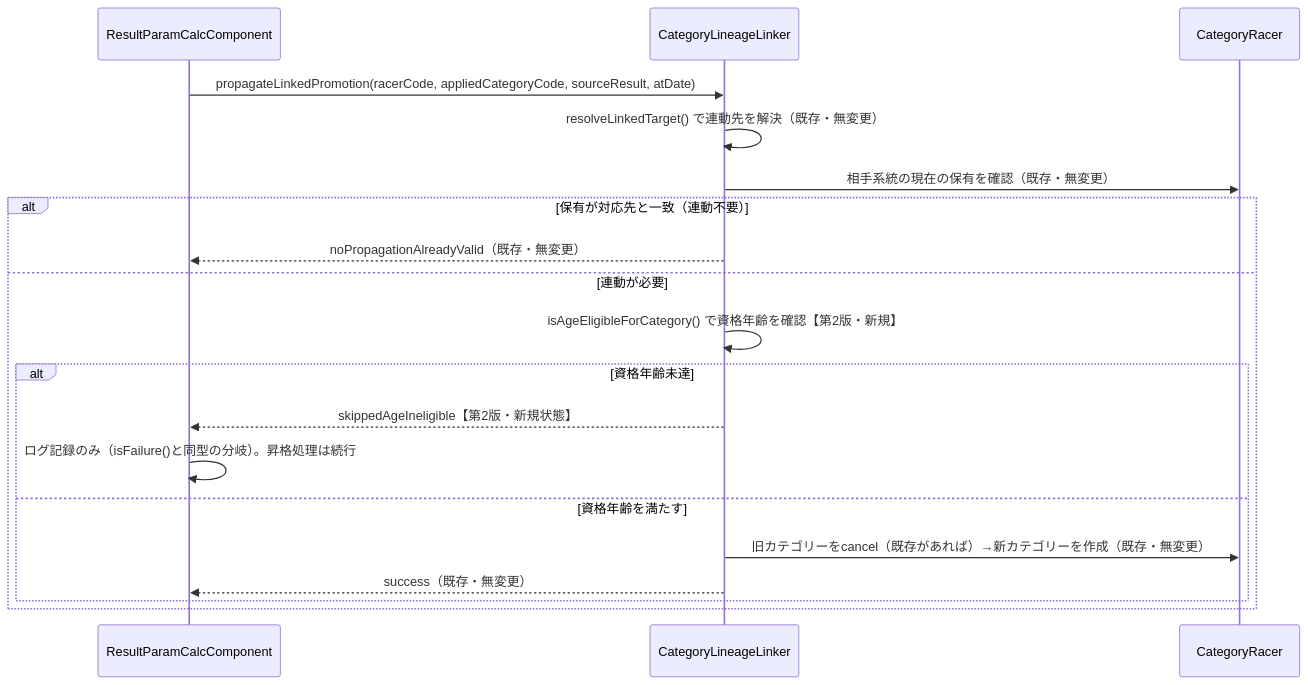
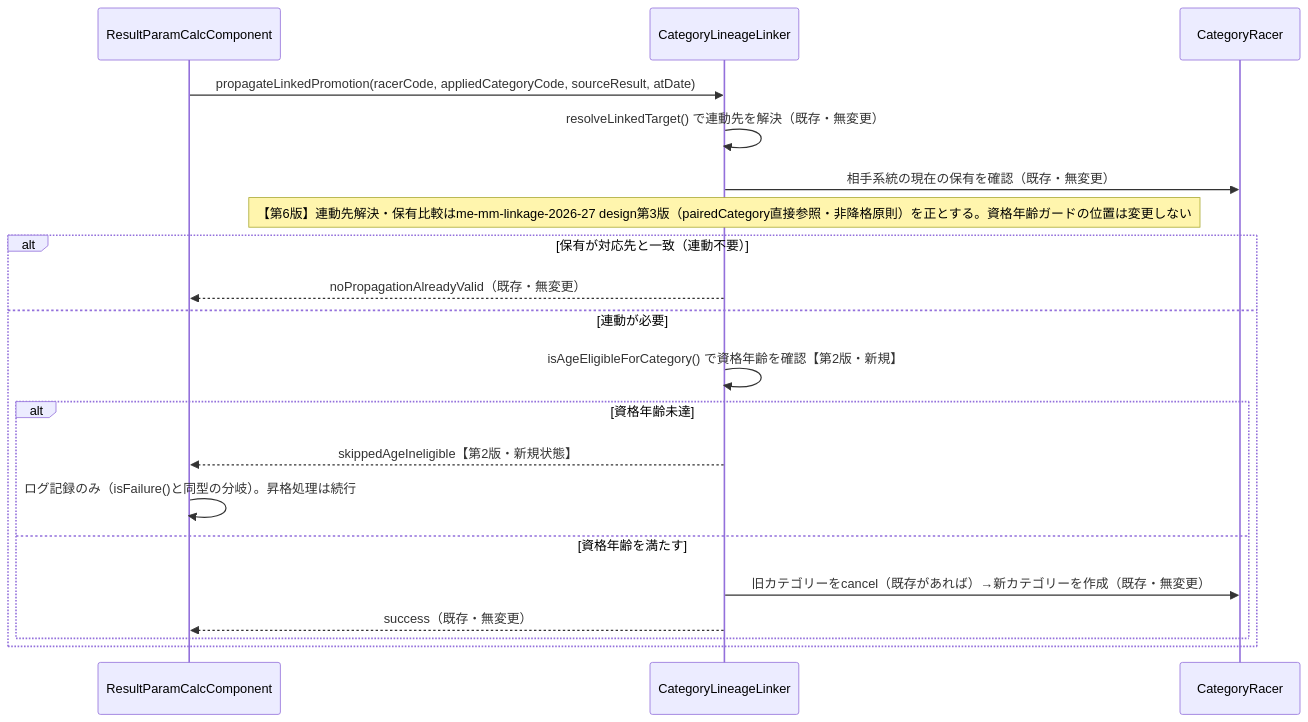
One commit to cyclox-dev/cyclox2_docker changed the third of 4 diagrams in .kiro/specs/entry-auto-category-2026-27/design.md. Above: the diagram before and after it, drawn with Mermaid. The commit also changed other lines of this file and 14 other files, not shown here.

````diff
--- a/.kiro/specs/entry-auto-category-2026-27/design.md
+++ b/.kiro/specs/entry-auto-category-2026-27/design.md
@@ -367,22 +419,23 @@
 ```mermaid
 sequenceDiagram
     participant RPC as ResultParamCalcComponent
     participant Linker as CategoryLineageLinker
     participant CR as CategoryRacer
 
     RPC->>Linker: propagateLinkedPromotion(racerCode, appliedCategoryCode, sourceResult, atDate)
     Linker->>Linker: resolveLinkedTarget() で連動先を解決（既存・無変更）
     Linker->>CR: 相手系統の現在の保有を確認（既存・無変更）
+    Note over Linker: 【第6版】連動先解決・保有比較はme-mm-linkage-2026-27 design第3版（pairedCategory直接参照・非降格原則）を正とする。資格年齢ガードの位置は変更しない
     alt 保有が対応先と一致（連動不要）
         Linker-->>RPC: noPropagationAlreadyValid（既存・無変更）
     else 連動が必要
         Linker->>Linker: isAgeEligibleForCategory() で資格年齢を確認【第2版・新規】
         alt 資格年齢未達
             Linker-->>RPC: skippedAgeIneligible【第2版・新規状態】
             RPC->>RPC: ログ記録のみ（isFailure()と同型の分岐）。昇格処理は続行
         else 資格年齢を満たす
             Linker->>CR: 旧カテゴリーをcancel（既存があれば）→新カテゴリーを作成（既存・無変更）
             Linker-->>RPC: success（既存・無変更）
         end
     end
 ```
````
